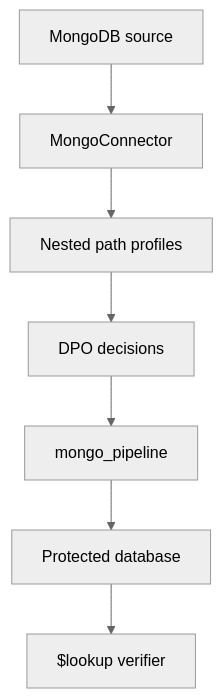
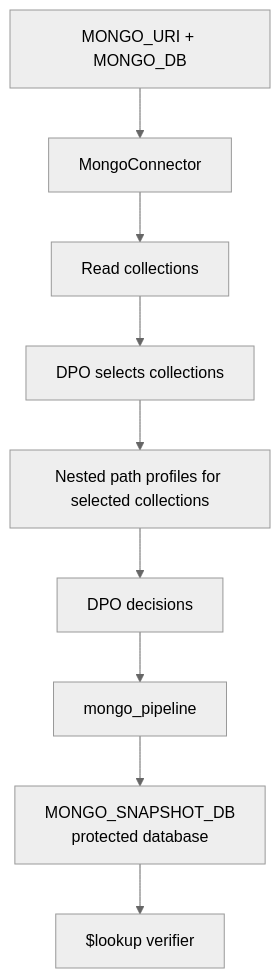
Before and after one commit to tlong1610/PII_Masking: the fourth of 5 diagrams in docs/architecture_diagram.md, drawn with Mermaid (neutral theme). The commit also changed other lines of this file and 15 other files, not shown here.

````diff
--- a/docs/architecture_diagram.md
+++ b/docs/architecture_diagram.md
@@ -64,9 +73,11 @@
 ```mermaid
 flowchart TD
-    A[MongoDB source] --> B[MongoConnector]
-    B --> C[Nested path profiles]
-    C --> D[DPO decisions]
-    D --> E[mongo_pipeline]
-    E --> F[Protected database]
-    F --> G[$lookup verifier]
+    A[MONGO_URI + MONGO_DB] --> B[MongoConnector]
+    B --> C[Read collections]
+    C --> D[DPO selects collections]
+    D --> E[Nested path profiles for selected collections]
+    E --> F[DPO decisions]
+    F --> G[mongo_pipeline]
+    G --> H[MONGO_SNAPSHOT_DB<br/>protected database]
+    H --> I[$lookup verifier]
 ```
````
